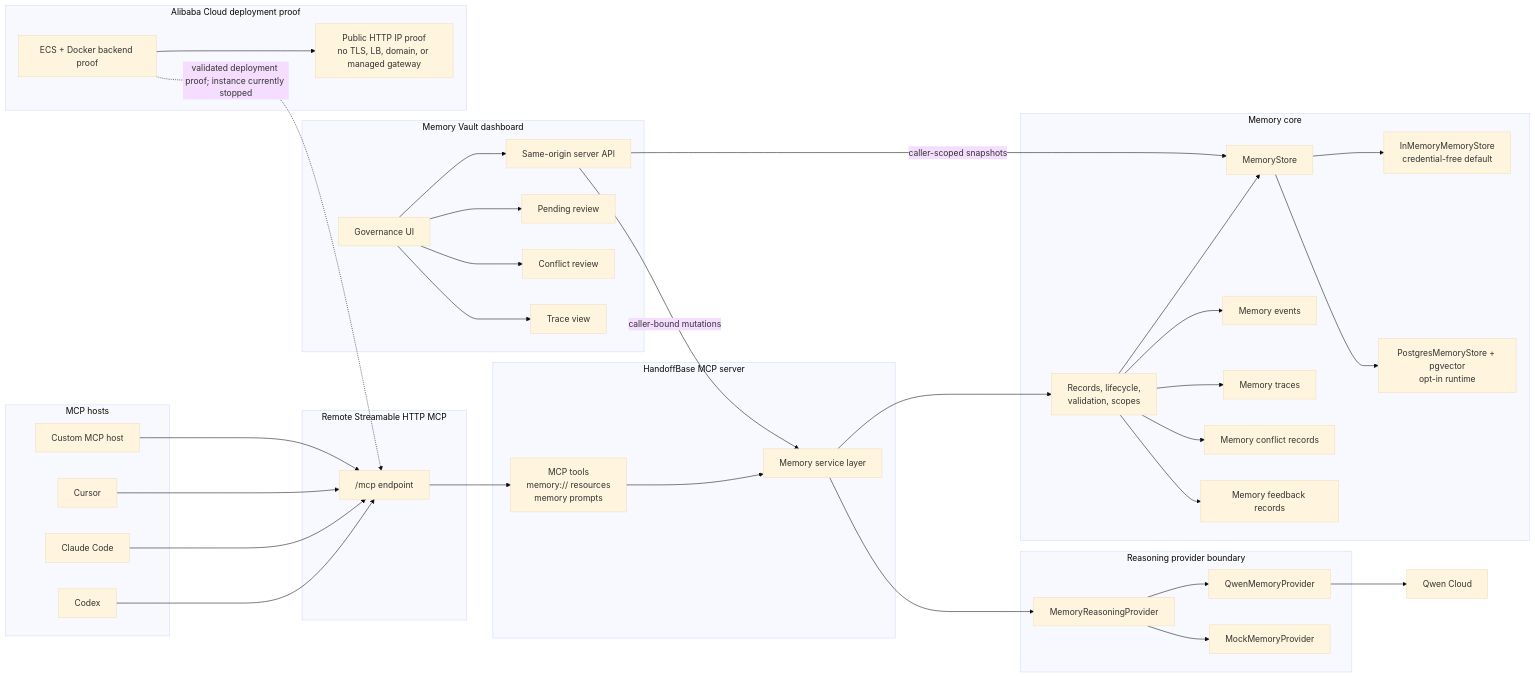
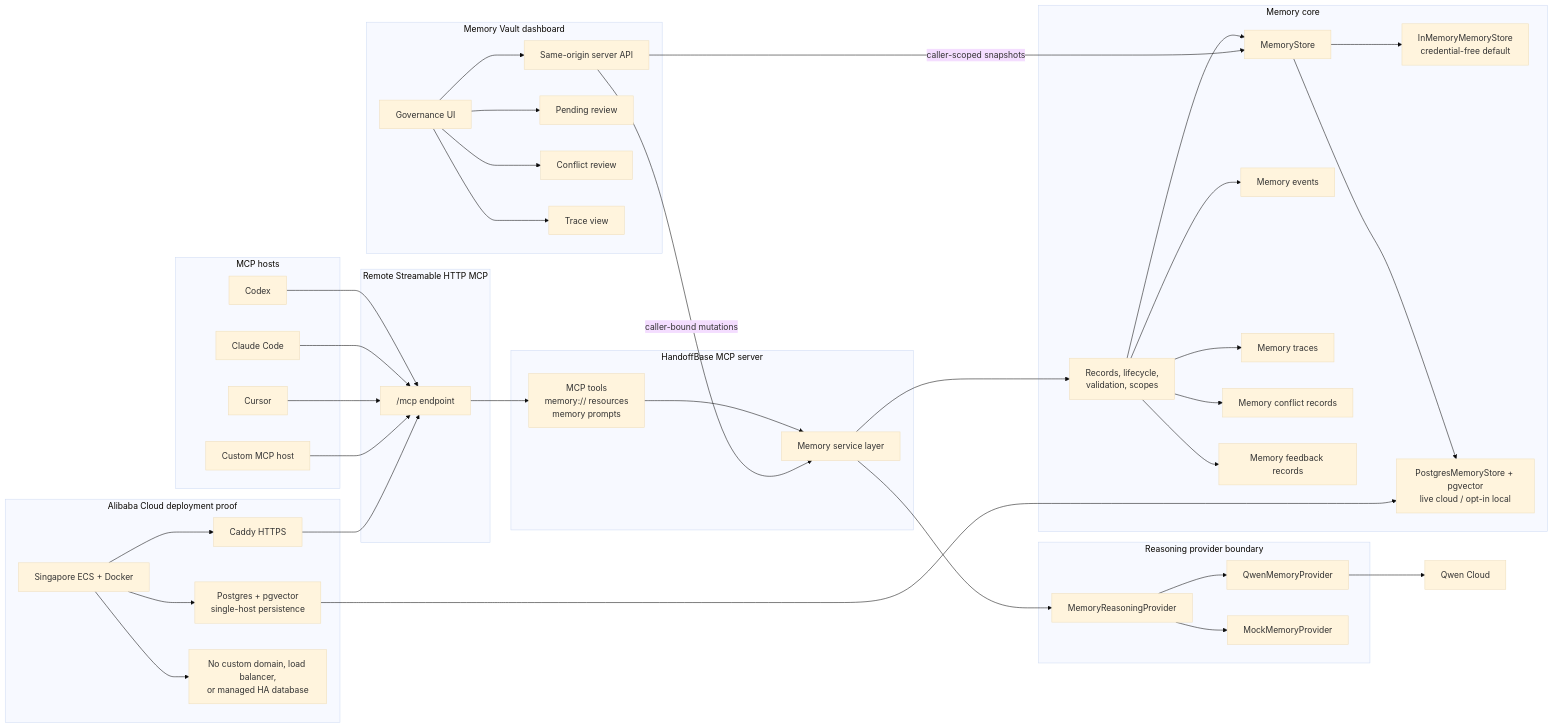
The diagram in docs/architecture.md (jensonChow/handoffbase), drawn with Mermaid (base theme) before and after one commit. The commit also changed other lines of this file and 20 other files, not shown here.

````diff
--- a/docs/architecture.md
+++ b/docs/architecture.md
@@ -43,7 +41,7 @@
     Core["Records, lifecycle,<br/>validation, scopes"]
     Store["MemoryStore"]
     InMemory["InMemoryMemoryStore<br/>credential-free default"]
-    Postgres["PostgresMemoryStore + pgvector<br/>opt-in runtime"]
+    Postgres["PostgresMemoryStore + pgvector<br/>live cloud / opt-in local"]
     Events["Memory events"]
     Trace["Memory traces"]
     Conflicts["Memory conflict records"]
@@ -59,8 +57,10 @@
   end
 
   subgraph CloudProof["Alibaba Cloud deployment proof"]
-    ECS["ECS + Docker backend proof"]
-    Limits["Public HTTP IP proof<br/>no TLS, LB, domain, or managed gateway"]
+    ECS["Singapore ECS + Docker"]
+    Edge["Caddy HTTPS"]
+    LiveDB["Postgres + pgvector<br/>single-host persistence"]
+    Limits["No custom domain, load balancer,<br/>or managed HA database"]
   end
 
   Codex --> Endpoint
@@ -91,6 +91,9 @@
   Dashboard --> ConflictReview
   Dashboard --> TraceView
 
-  ECS -. "validated deployment proof; instance currently stopped" .-> Endpoint
+  ECS --> Edge
+  Edge --> Endpoint
+  ECS --> LiveDB
+  LiveDB --> Postgres
   ECS --> Limits
 ```
````
